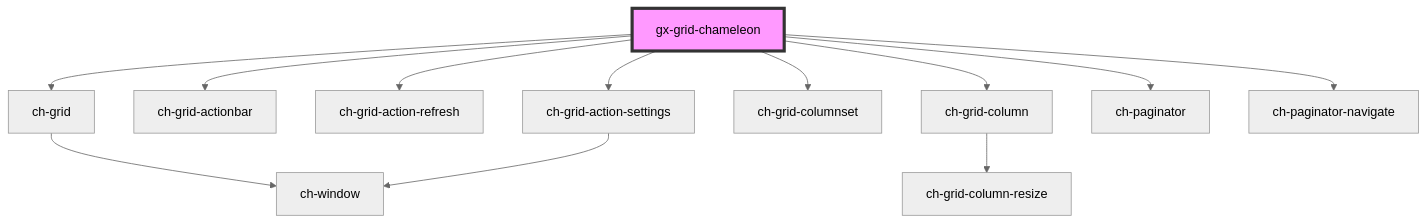
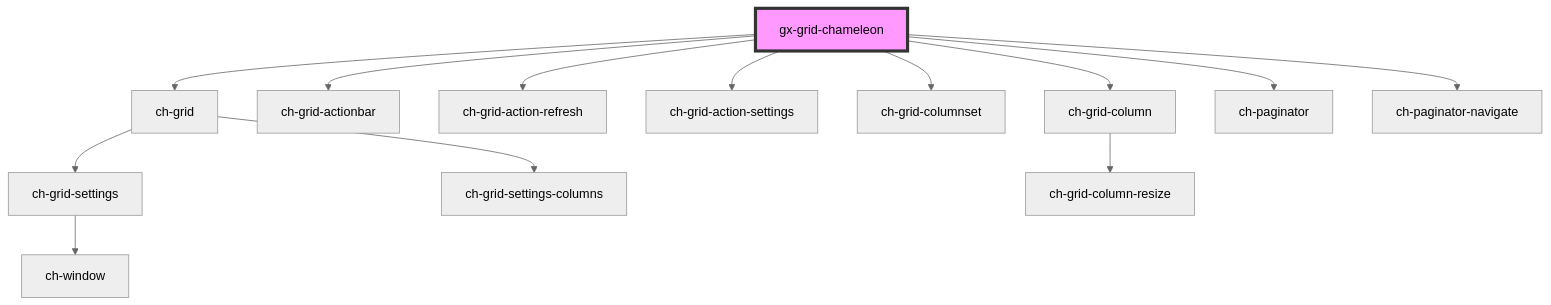
One commit to genexuslabs/chameleon-controls-library changed the diagram in src/components/gx-grid/readme.md. Above: the diagram before and after it, drawn with Mermaid (neutral theme). The commit also changed other lines of this file and 28 other files, not shown here.

````diff
--- a/src/components/gx-grid/readme.md
+++ b/src/components/gx-grid/readme.md
@@ -27,15 +28,16 @@
 ```mermaid
 graph TD;
   gx-grid-chameleon --> ch-grid
   gx-grid-chameleon --> ch-grid-actionbar
   gx-grid-chameleon --> ch-grid-action-refresh
   gx-grid-chameleon --> ch-grid-action-settings
   gx-grid-chameleon --> ch-grid-columnset
   gx-grid-chameleon --> ch-grid-column
   gx-grid-chameleon --> ch-paginator
   gx-grid-chameleon --> ch-paginator-navigate
-  ch-grid --> ch-window
-  ch-grid-action-settings --> ch-window
+  ch-grid --> ch-grid-settings
+  ch-grid --> ch-grid-settings-columns
+  ch-grid-settings --> ch-window
   ch-grid-column --> ch-grid-column-resize
   style gx-grid-chameleon fill:#f9f,stroke:#333,stroke-width:4px
 ```
````
